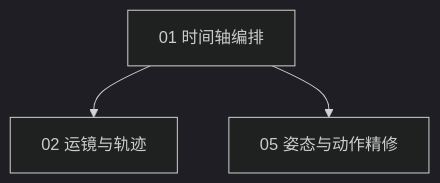
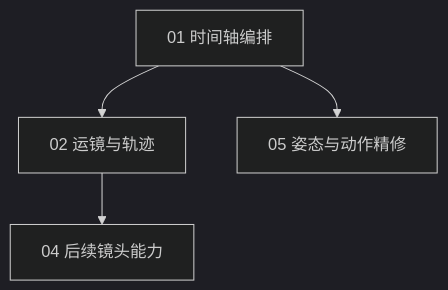
One commit to amwyygyuge/3d-director-desk changed the diagram in docs/exec2/README.md. Above: the diagram before and after it, drawn with Mermaid (dark theme). The commit also changed other lines of this file and 17 other files, not shown here.

````diff
--- a/docs/exec2/README.md
+++ b/docs/exec2/README.md
@@ -8,5 +8,6 @@
 ```mermaid
 flowchart TB
     T1[01 时间轴编排] --> T2[02 运镜与轨迹]
+    T2 --> T4[04 后续镜头能力]
     T1 --> T5[05 姿态与动作精修]
 ```
````
